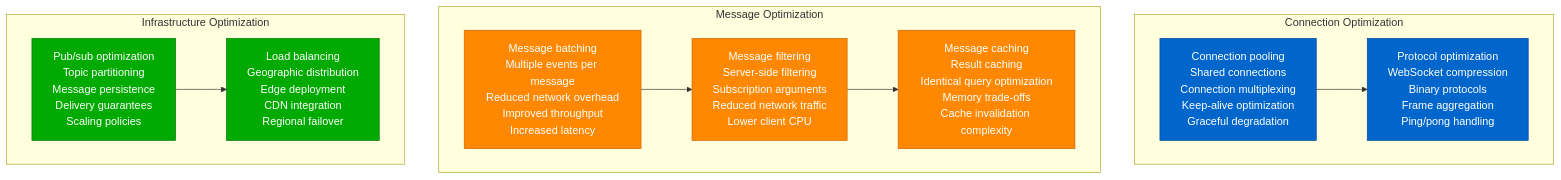
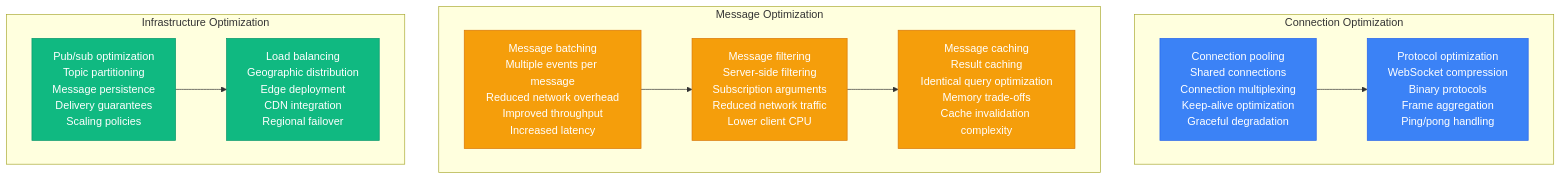
One commit to deepaucksharma/DS changed the ninth of 12 diagrams in site/docs/performance/graphql-performance-profile.md. Above: the diagram before and after it, drawn with Mermaid. The commit also changed other lines of this file and 303 other files, not shown here.

````diff
--- a/site/docs/performance/graphql-performance-profile.md
+++ b/site/docs/performance/graphql-performance-profile.md
@@ -332,36 +332,36 @@
 ```mermaid
 graph TB
     subgraph "Connection Optimization"
         CONN_OPT1[Connection pooling<br/>Shared connections<br/>Connection multiplexing<br/>Keep-alive optimization<br/>Graceful degradation]
 
         CONN_OPT2[Protocol optimization<br/>WebSocket compression<br/>Binary protocols<br/>Frame aggregation<br/>Ping/pong handling]
 
         CONN_OPT1 --> CONN_OPT2
     end
 
     subgraph "Message Optimization"
         MSG_OPT1[Message batching<br/>Multiple events per message<br/>Reduced network overhead<br/>Improved throughput<br/>Increased latency]
 
         MSG_OPT2[Message filtering<br/>Server-side filtering<br/>Subscription arguments<br/>Reduced network traffic<br/>Lower client CPU]
 
         MSG_OPT3[Message caching<br/>Result caching<br/>Identical query optimization<br/>Memory trade-offs<br/>Cache invalidation complexity]
 
         MSG_OPT1 --> MSG_OPT2 --> MSG_OPT3
     end
 
     subgraph "Infrastructure Optimization"
         INFRA_OPT1[Pub/sub optimization<br/>Topic partitioning<br/>Message persistence<br/>Delivery guarantees<br/>Scaling policies]
 
         INFRA_OPT2[Load balancing<br/>Geographic distribution<br/>Edge deployment<br/>CDN integration<br/>Regional failover]
 
         INFRA_OPT1 --> INFRA_OPT2
     end
 
-    classDef connStyle fill:#0066CC,stroke:#004499,color:#fff
-    classDef msgStyle fill:#FF8800,stroke:#CC6600,color:#fff
-    classDef infraStyle fill:#00AA00,stroke:#007700,color:#fff
+    classDef connStyle fill:#3B82F6,stroke:#2563EB,color:#fff
+    classDef msgStyle fill:#F59E0B,stroke:#D97706,color:#fff
+    classDef infraStyle fill:#10B981,stroke:#059669,color:#fff
 
     class CONN_OPT1,CONN_OPT2 connStyle
     class MSG_OPT1,MSG_OPT2,MSG_OPT3 msgStyle
     class INFRA_OPT1,INFRA_OPT2 infraStyle
 ```
````
